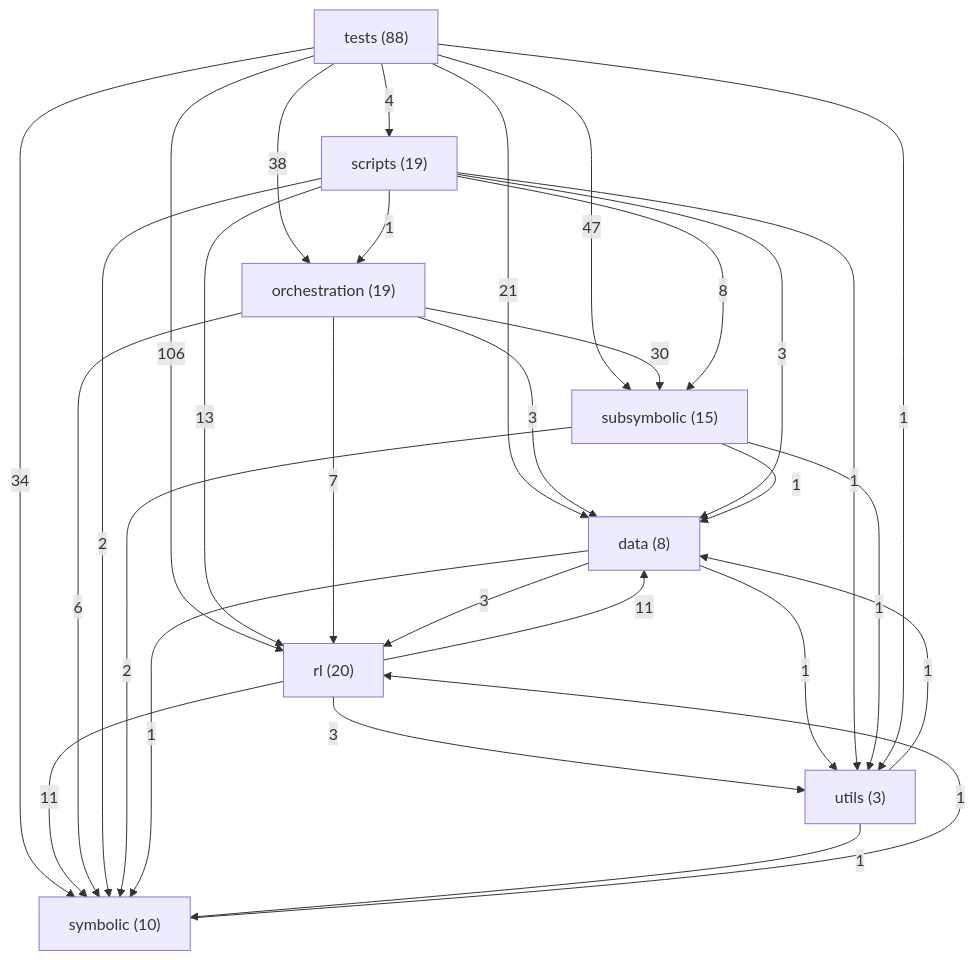
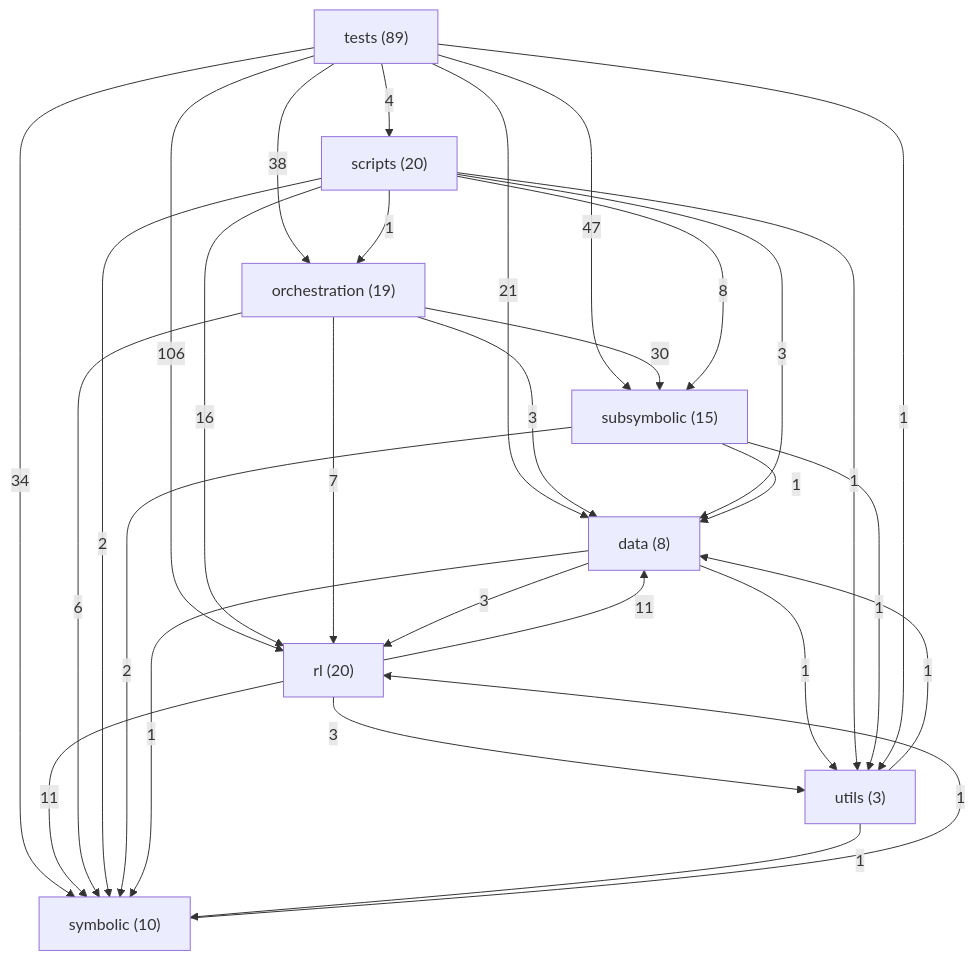
One commit to danrd/ARC-AGI changed the diagram in ARCHITECTURE.md. Above: the diagram before and after it, drawn with Mermaid. The commit also changed other lines of this file and 2 other files, not shown here.

````diff
--- a/ARCHITECTURE.md
+++ b/ARCHITECTURE.md
@@ -211,40 +211,40 @@
 ```mermaid
 graph TD
   data["data (8)"]
   orchestration["orchestration (19)"]
   rl["rl (20)"]
-  scripts["scripts (19)"]
+  scripts["scripts (20)"]
   subsymbolic["subsymbolic (15)"]
   symbolic["symbolic (10)"]
-  tests["tests (88)"]
+  tests["tests (89)"]
   utils["utils (3)"]
   tests -->|106| rl
   tests -->|47| subsymbolic
   tests -->|38| orchestration
   tests -->|34| symbolic
   orchestration -->|30| subsymbolic
   tests -->|21| data
-  scripts -->|13| rl
+  scripts -->|16| rl
   rl -->|11| data
   rl -->|11| symbolic
   scripts -->|8| subsymbolic
   orchestration -->|7| rl
   orchestration -->|6| symbolic
   tests -->|4| scripts
   data -->|3| rl
   orchestration -->|3| data
   rl -->|3| utils
   scripts -->|3| data
   scripts -->|2| symbolic
   subsymbolic -->|2| symbolic
   data -->|1| symbolic
   data -->|1| utils
   scripts -->|1| orchestration
   scripts -->|1| utils
   subsymbolic -->|1| data
   subsymbolic -->|1| utils
   symbolic -->|1| rl
   tests -->|1| utils
   utils -->|1| data
   utils -->|1| symbolic
 ```
````
